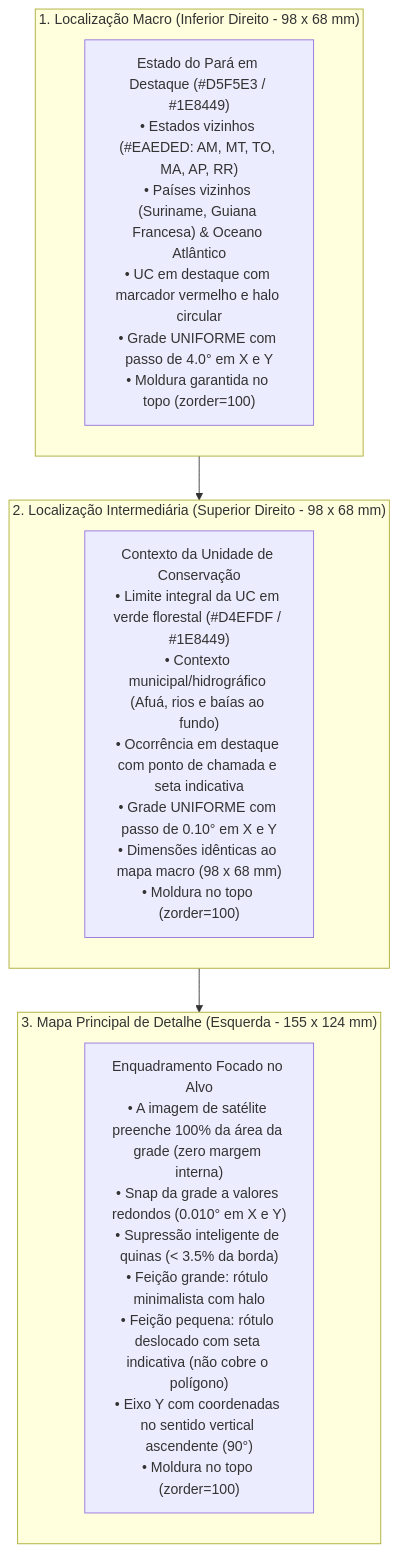
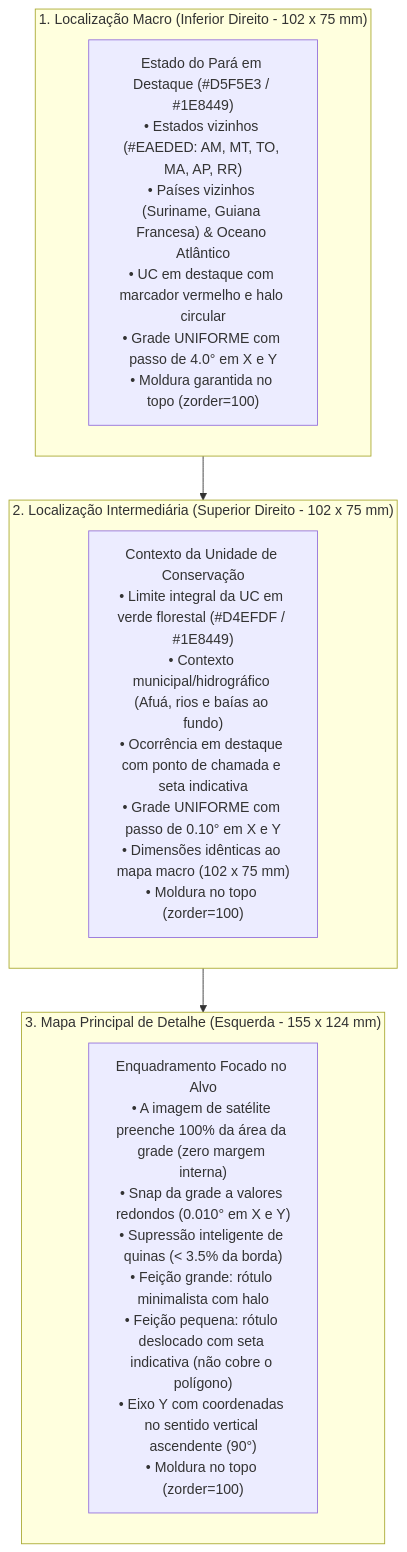
One commit to NGEO-IDEFLOR-Bio/restaura-pes-charapucu changed the diagram in .agents/skills/qgis-layout-engine/SKILL.md. Above: the diagram before and after it, drawn with Mermaid. The commit also changed other lines of this file and 3 other files, not shown here.

````diff
--- a/.agents/skills/qgis-layout-engine/SKILL.md
+++ b/.agents/skills/qgis-layout-engine/SKILL.md
@@ -24,17 +24,17 @@
 ```mermaid
 flowchart TD
-    subgraph MACRO["1. Localização Macro (Inferior Direito - 98 x 68 mm)"]
+    subgraph MACRO["1. Localização Macro (Inferior Direito - 102 x 75 mm)"]
         M1["Estado do Pará em Destaque (#D5F5E3 / #1E8449)<br/>• Estados vizinhos (#EAEDED: AM, MT, TO, MA, AP, RR)<br/>• Países vizinhos (Suriname, Guiana Francesa) & Oceano Atlântico<br/>• UC em destaque com marcador vermelho e halo circular<br/>• Grade UNIFORME com passo de 4.0° em X e Y<br/>• Moldura garantida no topo (zorder=100)"]
     end
 
-    subgraph INTERMEDIARIO["2. Localização Intermediária (Superior Direito - 98 x 68 mm)"]
-        I1["Contexto da Unidade de Conservação<br/>• Limite integral da UC em verde florestal (#D4EFDF / #1E8449)<br/>• Contexto municipal/hidrográfico (Afuá, rios e baías ao fundo)<br/>• Ocorrência em destaque com ponto de chamada e seta indicativa<br/>• Grade UNIFORME com passo de 0.10° em X e Y<br/>• Dimensões idênticas ao mapa macro (98 x 68 mm)<br/>• Moldura no topo (zorder=100)"]
+    subgraph INTERMEDIARIO["2. Localização Intermediária (Superior Direito - 102 x 75 mm)"]
+        I1["Contexto da Unidade de Conservação<br/>• Limite integral da UC em verde florestal (#D4EFDF / #1E8449)<br/>• Contexto municipal/hidrográfico (Afuá, rios e baías ao fundo)<br/>• Ocorrência em destaque com ponto de chamada e seta indicativa<br/>• Grade UNIFORME com passo de 0.10° em X e Y<br/>• Dimensões idênticas ao mapa macro (102 x 75 mm)<br/>• Moldura no topo (zorder=100)"]
     end
 
     subgraph DETALHE["3. Mapa Principal de Detalhe (Esquerda - 155 x 124 mm)"]
         D1["Enquadramento Focado no Alvo<br/>• A imagem de satélite preenche 100% da área da grade (zero margem interna)<br/>• Snap da grade a valores redondos (0.010° em X e Y)<br/>• Supressão inteligente de quinas (< 3.5% da borda)<br/>• Feição grande: rótulo minimalista com halo<br/>• Feição pequena: rótulo deslocado com seta indicativa (não cobre o polígono)<br/>• Eixo Y com coordenadas no sentido vertical ascendente (90°)<br/>• Moldura no topo (zorder=100)"]
     end
 
     MACRO --> INTERMEDIARIO
     INTERMEDIARIO --> DETALHE
 ```
````
